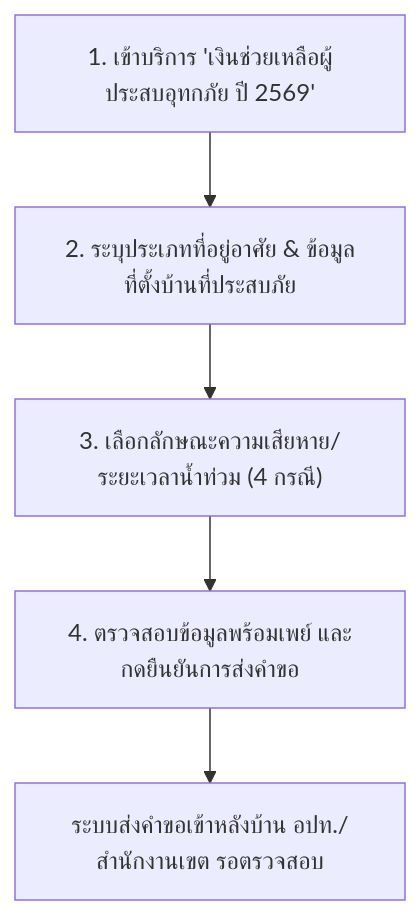
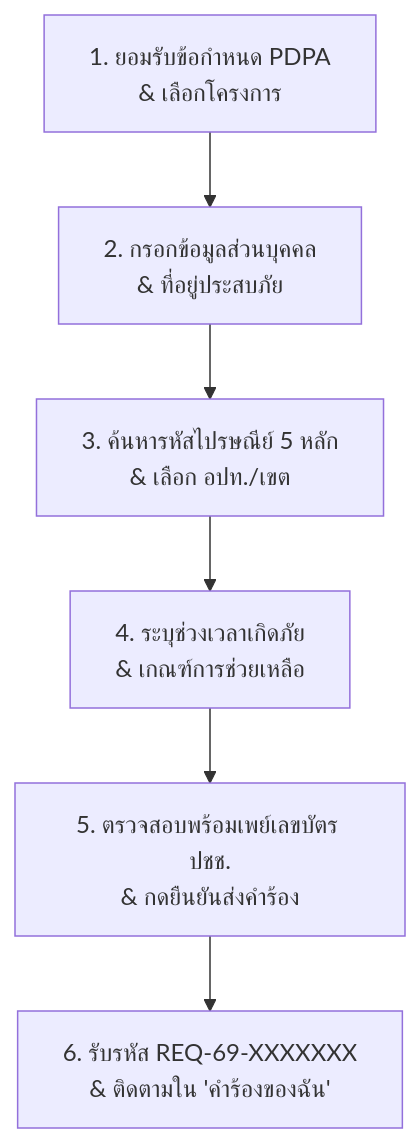
One commit to astrathezero/kb-flood-relief69 changed the diagram in faq/faq-tangrat-miniapp.md. Above: the diagram before and after it, drawn with Mermaid. The commit also changed other lines of this file and 7 other files, not shown here.

````diff
--- a/faq/faq-tangrat-miniapp.md
+++ b/faq/faq-tangrat-miniapp.md
@@ -48,7 +54,8 @@
 ```mermaid
 graph TD
-    A["1. เข้าบริการ 'เงินช่วยเหลือผู้ประสบอุทกภัย ปี 2569'"] --> B["2. ระบุประเภทที่อยู่อาศัย & ข้อมูลที่ตั้งบ้านที่ประสบภัย"]
-    B --> C["3. เลือกลักษณะความเสียหาย/ระยะเวลาน้ำท่วม (4 กรณี)"]
-    C --> D["4. ตรวจสอบข้อมูลพร้อมเพย์ และกดยืนยันการส่งคำขอ"]
-    D --> E["ระบบส่งคำขอเข้าหลังบ้าน อปท./สำนักงานเขต รอตรวจสอบ"]
+    A["1. ยอมรับข้อกำหนด PDPA<br>& เลือกโครงการ"] --> B["2. กรอกข้อมูลส่วนบุคคล<br>& ที่อยู่ประสบภัย"]
+    B --> C["3. ค้นหารหัสไปรษณีย์ 5 หลัก<br>& เลือก อปท./เขต"]
+    C --> D["4. ระบุช่วงเวลาเกิดภัย<br>& เกณฑ์การช่วยเหลือ"]
+    D --> E["5. ตรวจสอบพร้อมเพย์เลขบัตร ปชช.<br>& กดยืนยันส่งคำร้อง"]
+    E --> F["6. รับรหัส REQ-69-XXXXXXX<br>& ติดตามใน 'คำร้องของฉัน'"]
 ```
````
